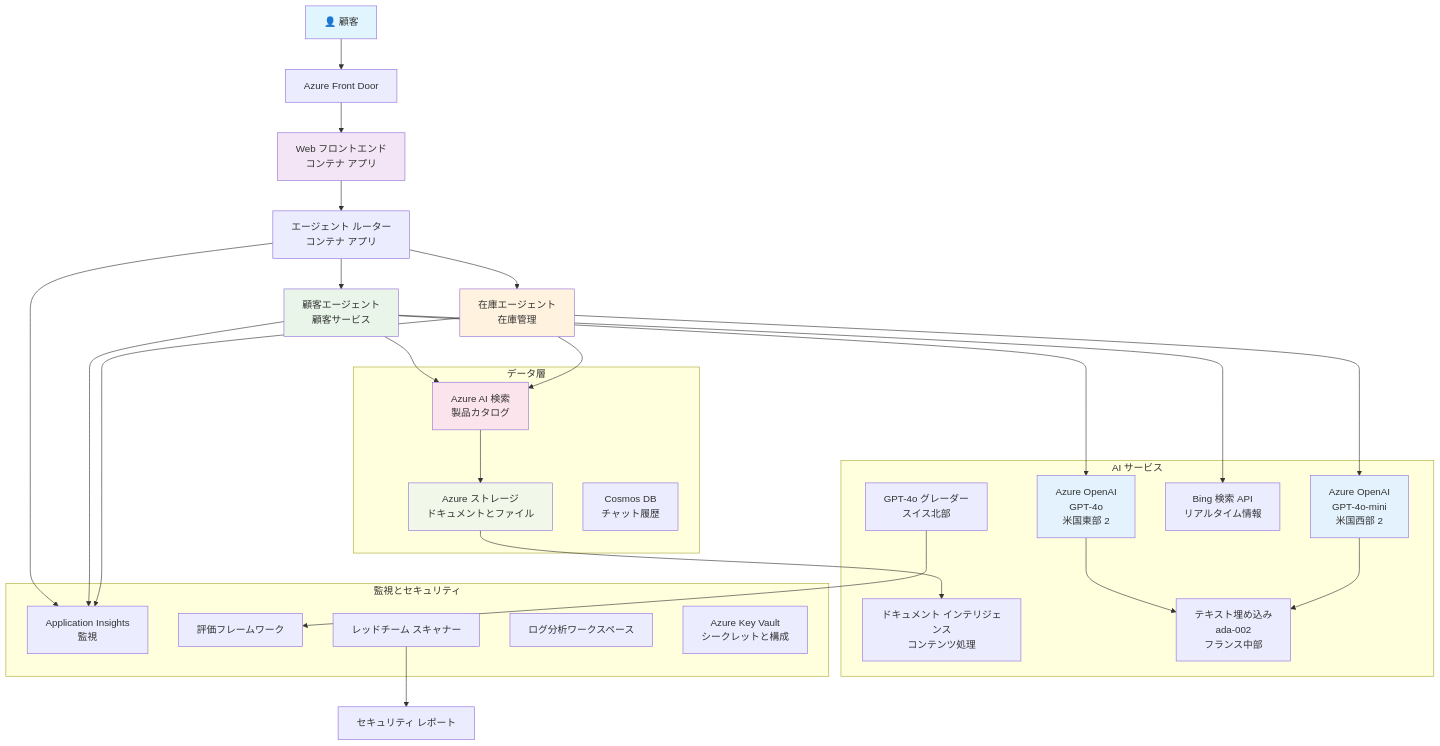
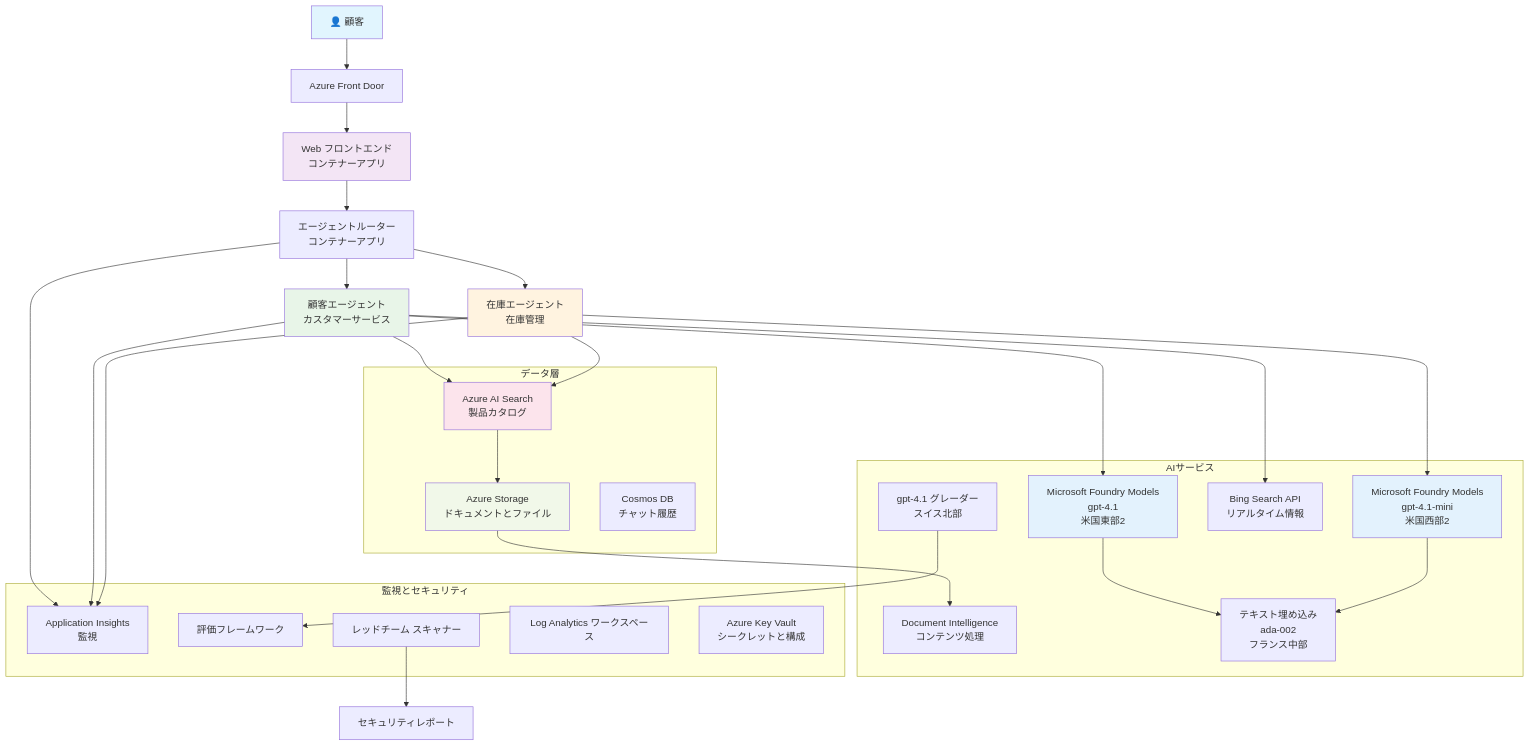
The diagram in translations/ja/examples/retail-scenario.md (microsoft/AZD-for-beginners), drawn with Mermaid before and after one commit. The commit also changed other lines of this file and 101 other files, not shown here.

````diff
--- a/translations/ja/examples/retail-scenario.md
+++ b/translations/ja/examples/retail-scenario.md
@@ -139,61 +139,61 @@
 ```mermaid
 graph TB
     User[👤 顧客] --> LB[Azure Front Door]
-    LB --> WebApp[Web フロントエンド<br/>コンテナ アプリ]
+    LB --> WebApp[Web フロントエンド<br/>コンテナーアプリ]
     
-    WebApp --> Router[エージェント ルーター<br/>コンテナ アプリ]
-    Router --> CustomerAgent[顧客エージェント<br/>顧客サービス]
+    WebApp --> Router[エージェントルーター<br/>コンテナーアプリ]
+    Router --> CustomerAgent[顧客エージェント<br/>カスタマーサービス]
     Router --> InvAgent[在庫エージェント<br/>在庫管理]
     
-    CustomerAgent --> OpenAI1[Azure OpenAI<br/>GPT-4o<br/>米国東部 2]
-    InvAgent --> OpenAI2[Azure OpenAI<br/>GPT-4o-mini<br/>米国西部 2]
+    CustomerAgent --> OpenAI1[Microsoft Foundry Models<br/>gpt-4.1<br/>米国東部2]
+    InvAgent --> OpenAI2[Microsoft Foundry Models<br/>gpt-4.1-mini<br/>米国西部2]
     
-    CustomerAgent --> AISearch[Azure AI 検索<br/>製品カタログ]
-    CustomerAgent --> BingSearch[Bing 検索 API<br/>リアルタイム情報]
+    CustomerAgent --> AISearch[Azure AI Search<br/>製品カタログ]
+    CustomerAgent --> BingSearch[Bing Search API<br/>リアルタイム情報]
     InvAgent --> AISearch
     
-    AISearch --> Storage[Azure ストレージ<br/>ドキュメントとファイル]
-    Storage --> DocIntel[ドキュメント インテリジェンス<br/>コンテンツ処理]
+    AISearch --> Storage[Azure Storage<br/>ドキュメントとファイル]
+    Storage --> DocIntel[Document Intelligence<br/>コンテンツ処理]
     
     OpenAI1 --> Embeddings[テキスト埋め込み<br/>ada-002<br/>フランス中部]
     OpenAI2 --> Embeddings
     
     Router --> AppInsights[Application Insights<br/>監視]
     CustomerAgent --> AppInsights
     InvAgent --> AppInsights
     
-    GraderModel[GPT-4o グレーダー<br/>スイス北部] --> Evaluation[評価フレームワーク]
-    RedTeam[レッドチーム スキャナー] --> SecurityReports[セキュリティ レポート]
+    GraderModel[gpt-4.1 グレーダー<br/>スイス北部] --> Evaluation[評価フレームワーク]
+    RedTeam[レッドチーム スキャナー] --> SecurityReports[セキュリティレポート]
     
     subgraph "データ層"
         Storage
         AISearch
         CosmosDB[Cosmos DB<br/>チャット履歴]
     end
     
-    subgraph "AI サービス"
+    subgraph "AIサービス"
         OpenAI1
         OpenAI2
         Embeddings
         GraderModel
         DocIntel
         BingSearch
     end
     
     subgraph "監視とセキュリティ"
         AppInsights
-        LogAnalytics[ログ分析ワークスペース]
+        LogAnalytics[Log Analytics ワークスペース]
         KeyVault[Azure Key Vault<br/>シークレットと構成]
         RedTeam
         Evaluation
     end
     
     style User fill:#e1f5fe
     style WebApp fill:#f3e5f5
     style CustomerAgent fill:#e8f5e8
     style InvAgent fill:#fff3e0
     style OpenAI1 fill:#e3f2fd
     style OpenAI2 fill:#e3f2fd
     style AISearch fill:#fce4ec
     style Storage fill:#f1f8e9
 ```
````
